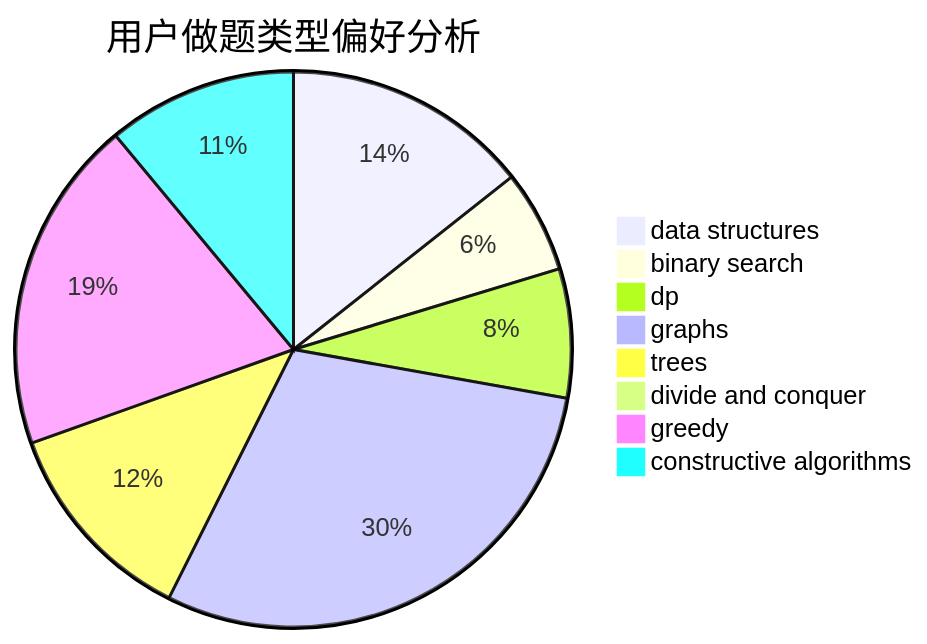
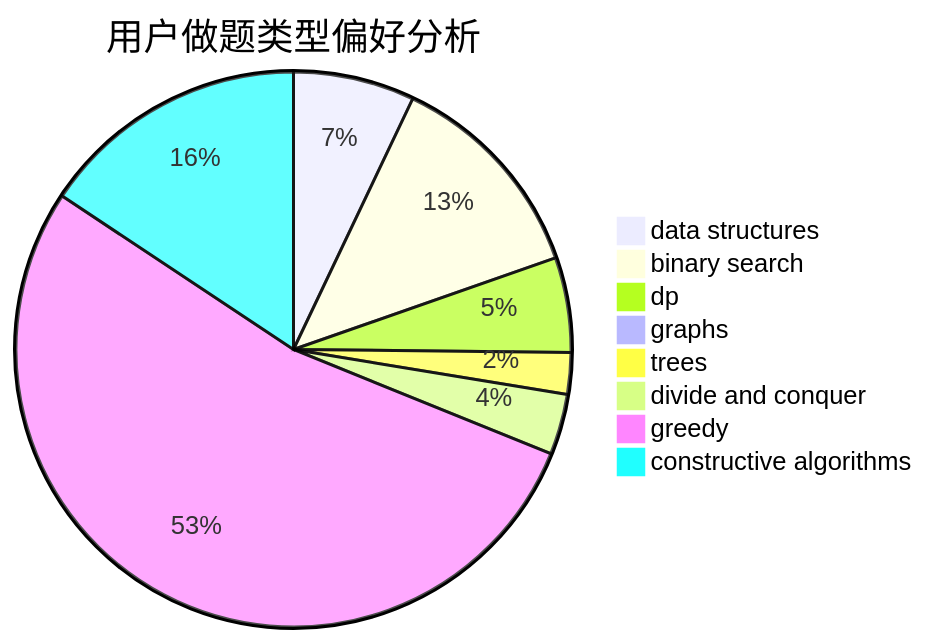
Before and after one commit to sherpahu/cfrs.github.io: the second of 3 diagrams in docs/user/u263.md, drawn with Mermaid. The commit also changed other lines of this file and 2770 other files, not shown here.

````diff
--- a/docs/user/u263.md
+++ b/docs/user/u263.md
@@ -23,11 +23,11 @@
 ```mermaid
 pie title 用户做题类型偏好分析
-    "data structures" :  65
-    "binary search" :  27
-    "dp" :  34
-    "graphs" :  134
-    "trees" :  55
-    "divide and conquer" :  0
-    "greedy" :  88
-    "constructive algorithms" :  50
+    "data structures" :  64
+    "binary search" :  114
+    "dp" :  50
+    "graphs" :  4
+    "trees" :  22
+    "divide and conquer" :  32
+    "greedy" :  482
+    "constructive algorithms" :  142
 ```
````
